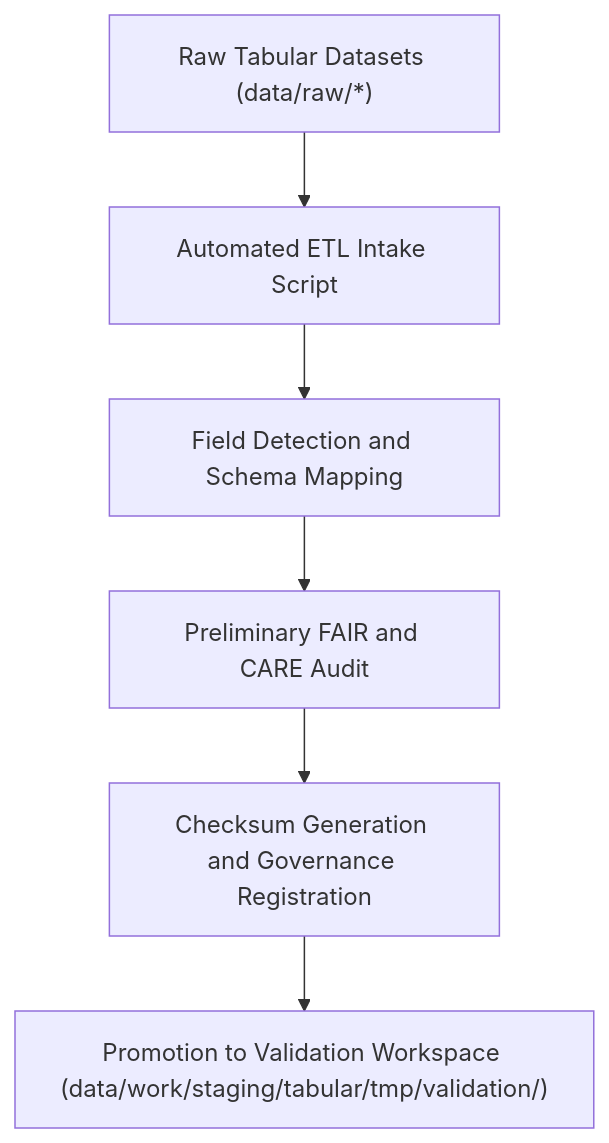
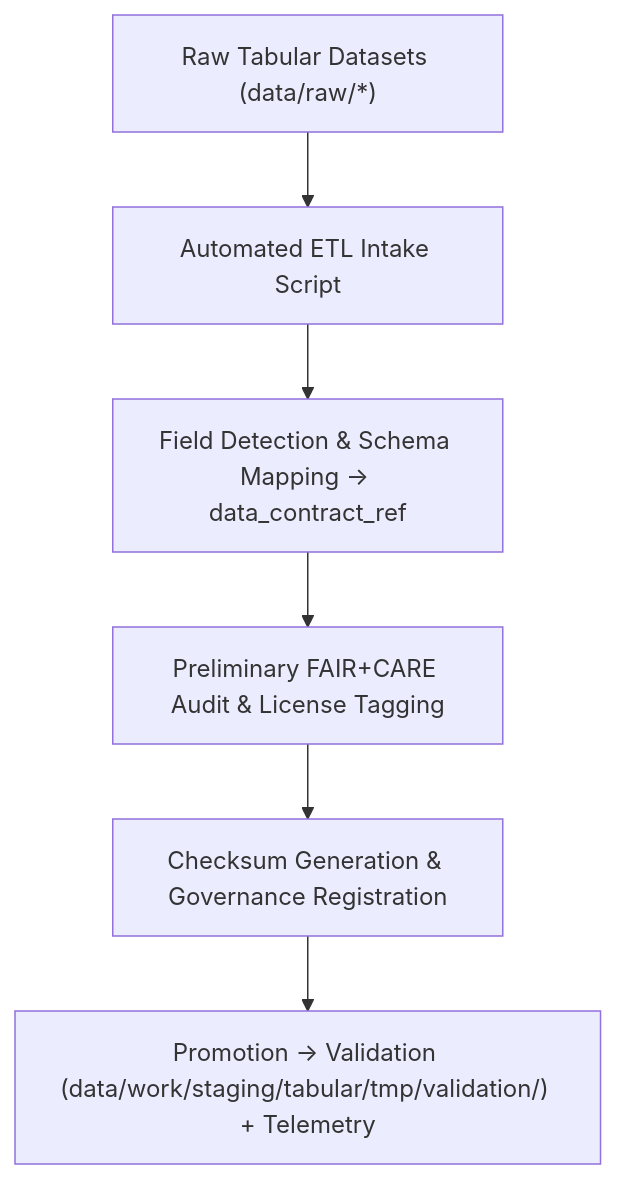
Before and after one commit to bartytime4life/Kansas-Frontier-Matrix: the diagram in data/work/staging/tabular/tmp/intake/README.md, drawn with Mermaid. The commit also changed other lines of this file, not shown here.

First line of the commit message:
Update README for v9.4.0 with telemetry and schema changes

````diff
--- a/data/work/staging/tabular/tmp/intake/README.md
+++ b/data/work/staging/tabular/tmp/intake/README.md
@@ -60,8 +67,8 @@
 ```mermaid
 flowchart TD
     A["Raw Tabular Datasets (data/raw/*)"] --> B["Automated ETL Intake Script"]
-    B --> C["Field Detection and Schema Mapping"]
-    C --> D["Preliminary FAIR and CARE Audit"]
-    D --> E["Checksum Generation and Governance Registration"]
-    E --> F["Promotion to Validation Workspace (data/work/staging/tabular/tmp/validation/)"]
+    B --> C["Field Detection & Schema Mapping → data_contract_ref"]
+    C --> D["Preliminary FAIR+CARE Audit & License Tagging"]
+    D --> E["Checksum Generation & Governance Registration"]
+    E --> F["Promotion → Validation (data/work/staging/tabular/tmp/validation/) + Telemetry"]
 ```
````
